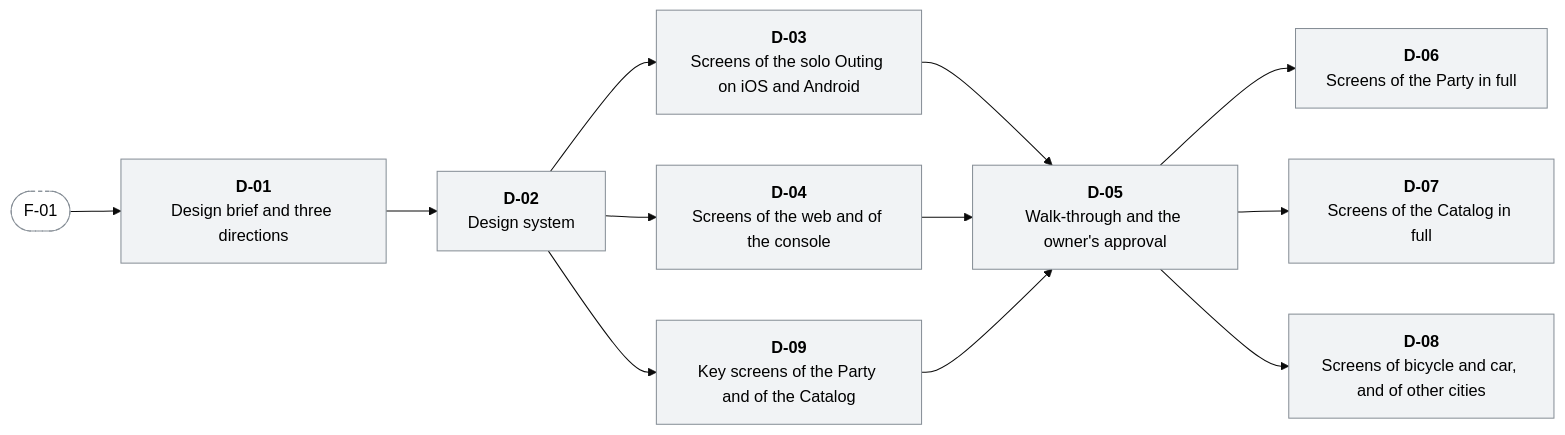
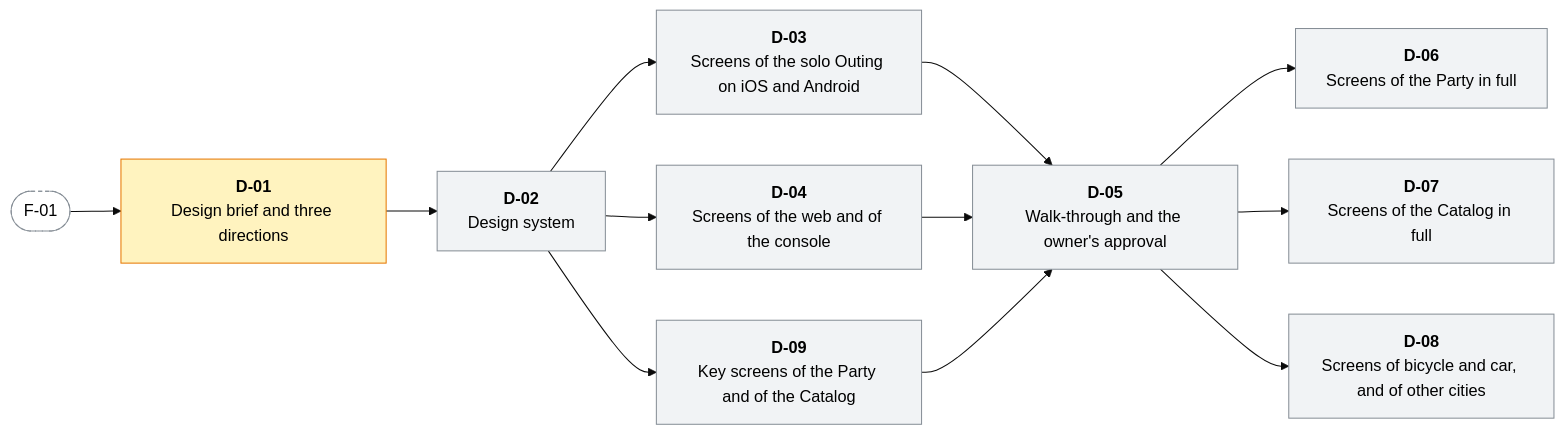
The second of 17 diagrams in docs/WORK-PLAN.md (menisika/Smart-Tour-Guide-and-Itinerary-Planner), drawn with Mermaid (base theme) before and after one commit. The commit also changed other lines of this file, not shown here.

First line of the commit message:
docs(docs): claim the design brief and three directions

````diff
--- a/docs/WORK-PLAN.md
+++ b/docs/WORK-PLAN.md
@@ -272,29 +272,29 @@
 ```mermaid
 flowchart LR
   classDef done fill:#d3f9d8,stroke:#2b8a3e,color:#000
   classDef progress fill:#fff3bf,stroke:#e67700,color:#000
   classDef blocked fill:#ffe3e3,stroke:#c92a2a,color:#000
   classDef todo fill:#f1f3f5,stroke:#868e96,color:#000
   classDef outside fill:#ffffff,stroke:#868e96,stroke-dasharray:4 3,color:#000
-  D_01["<b>D-01</b><br/>Design brief and three directions"]:::todo
+  D_01["<b>D-01</b><br/>Design brief and three directions"]:::progress
   D_02["<b>D-02</b><br/>Design system"]:::todo
   D_03["<b>D-03</b><br/>Screens of the solo Outing on iOS and Android"]:::todo
   D_04["<b>D-04</b><br/>Screens of the web and of the console"]:::todo
   D_09["<b>D-09</b><br/>Key screens of the Party and of the Catalog"]:::todo
   D_05["<b>D-05</b><br/>Walk-through and the owner's approval"]:::todo
   D_06["<b>D-06</b><br/>Screens of the Party in full"]:::todo
   D_07["<b>D-07</b><br/>Screens of the Catalog in full"]:::todo
   D_08["<b>D-08</b><br/>Screens of bicycle and car, and of other cities"]:::todo
   F_01(["F-01"]):::outside
   F_01 --> D_01
   D_01 --> D_02
   D_02 --> D_03
   D_02 --> D_04
   D_02 --> D_09
   D_03 --> D_05
   D_04 --> D_05
   D_09 --> D_05
   D_05 --> D_06
   D_05 --> D_07
   D_05 --> D_08
 ```
````
